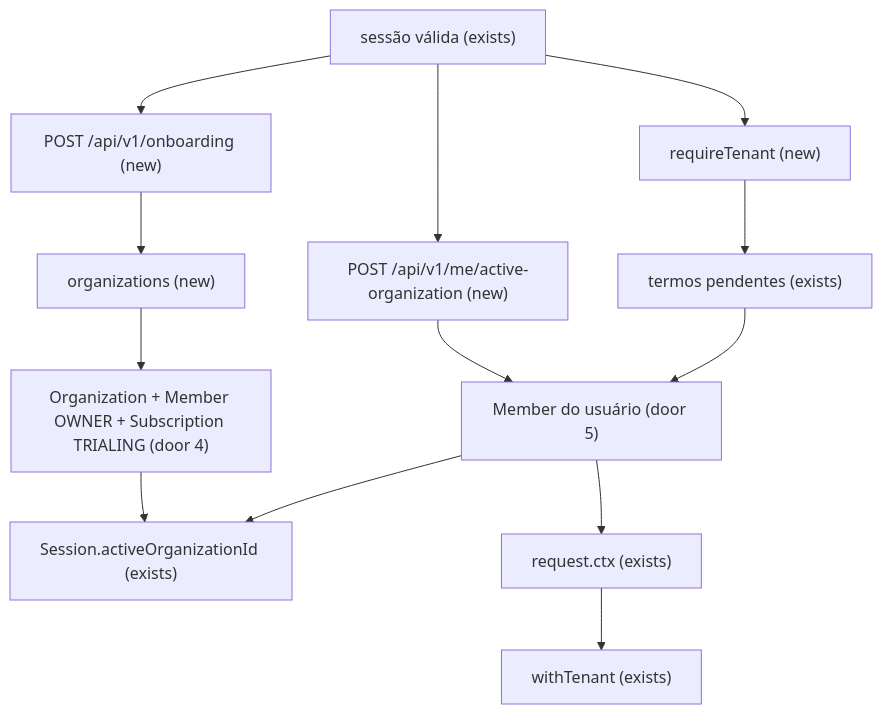
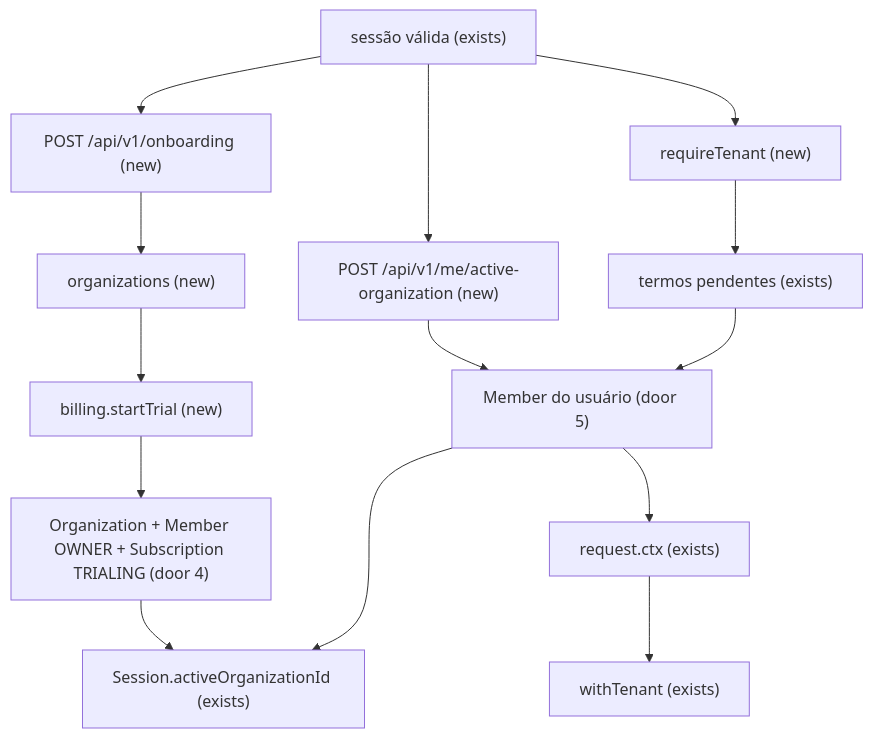
One commit to arturmois/bens-seguros-v2 changed the first of 2 diagrams in .specs/features/org-core/plan.md. Above: the diagram before and after it, drawn with Mermaid. The commit also changed other lines of this file and 66 other files, not shown here.

First line of the commit message:
feat(organizations): onboard a tenant with an owner and a trial

````diff
--- a/.specs/features/org-core/plan.md
+++ b/.specs/features/org-core/plan.md
@@ -15,15 +15,16 @@
 ```mermaid
 flowchart TD
     IN["sessão válida (exists)"] --> OB["POST /api/v1/onboarding (new)"]
     IN --> SW["POST /api/v1/me/active-organization (new)"]
     IN --> RT["requireTenant (new)"]
     OB --> ORG["organizations (new)"]
-    ORG --> ROW["Organization + Member OWNER + Subscription TRIALING (door 4)"]
+    ORG --> BILL["billing.startTrial (new)"]
+    BILL --> ROW["Organization + Member OWNER + Subscription TRIALING (door 4)"]
     ROW --> SESS["Session.activeOrganizationId (exists)"]
     SW --> MEM["Member do usuário (door 5)"]
     MEM --> SESS
     RT --> TERMS["termos pendentes (exists)"]
     TERMS --> MEM
     MEM --> CTX["request.ctx (exists)"]
     CTX --> DATA["withTenant (exists)"]
 ```
````
